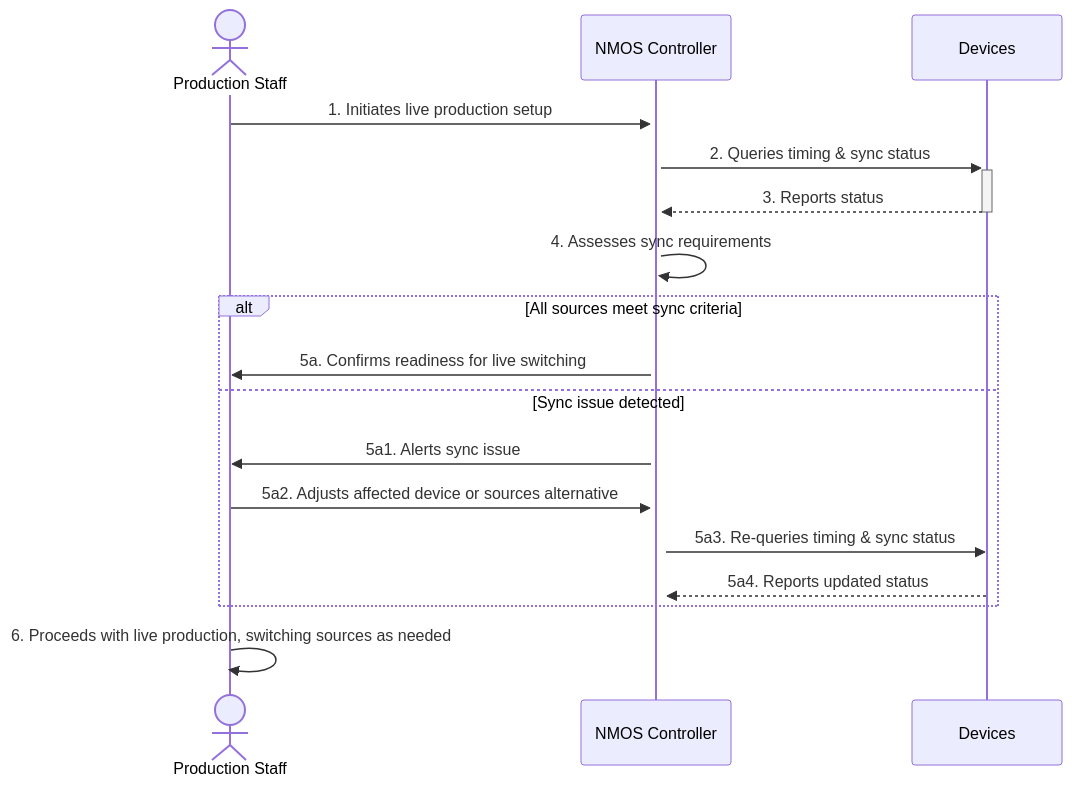
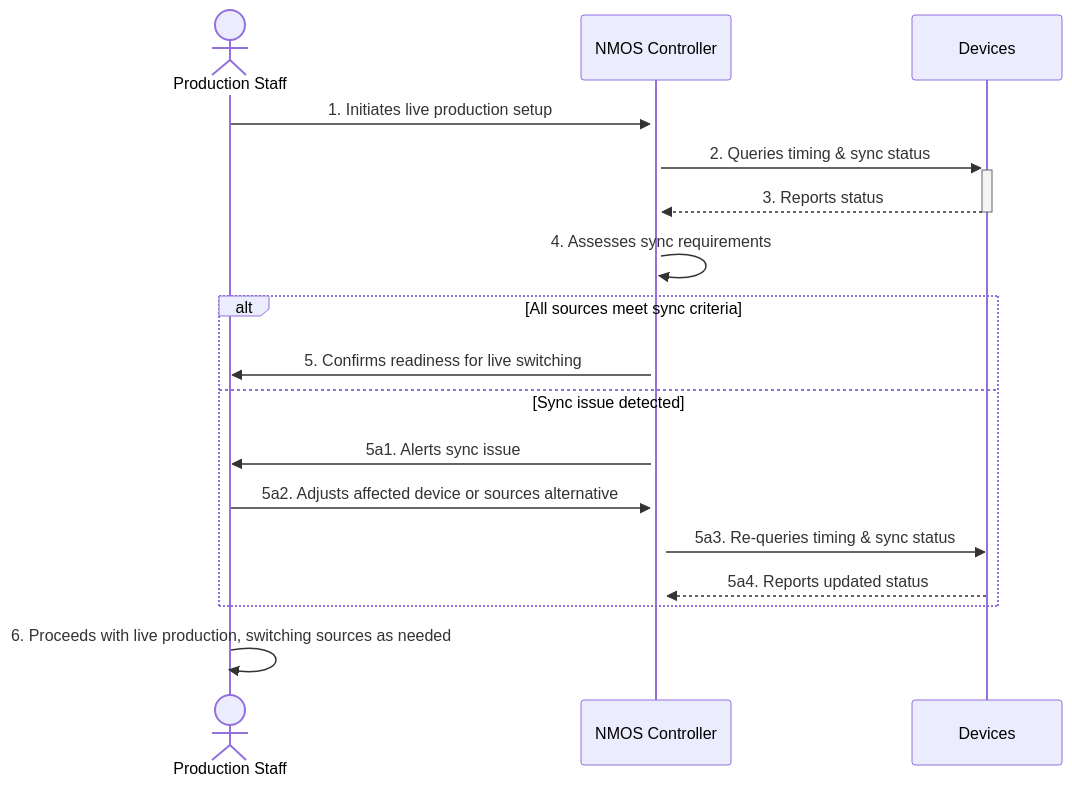
Before and after one commit to rbgodwin-nt/amwa-requirements-tracking: the diagram in IPMX/ProductionWorkflowEnhancement/Synchronization/UseCases/LiveProductionSwitching.md, drawn with Mermaid.

````diff
--- a/IPMX/ProductionWorkflowEnhancement/Synchronization/UseCases/LiveProductionSwitching.md
+++ b/IPMX/ProductionWorkflowEnhancement/Synchronization/UseCases/LiveProductionSwitching.md
@@ -53,20 +53,20 @@
 ```mermaid
 sequenceDiagram
     actor PS as Production Staff
     participant NC as NMOS Controller
     participant DS as Devices
  
     PS->>+NC: 1. Initiates live production setup
     NC->>+DS: 2. Queries timing & sync status
     DS-->>-NC: 3. Reports status
     NC->>NC: 4. Assesses sync requirements
     alt All sources meet sync criteria
-        NC->>PS: 5a. Confirms readiness for live switching
+        NC->>PS: 5. Confirms readiness for live switching
     else Sync issue detected
         NC->>PS: 5a1. Alerts sync issue
         PS->>+NC: 5a2. Adjusts affected device or sources alternative
         NC->>DS: 5a3. Re-queries timing & sync status
      DS-->>NC: 5a4. Reports updated status
     end
    PS->>PS: 6. Proceeds with live production, switching sources as needed
 ```
````
